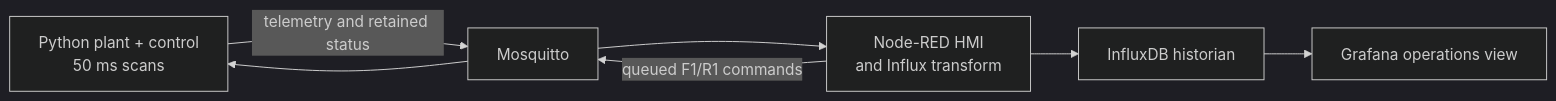
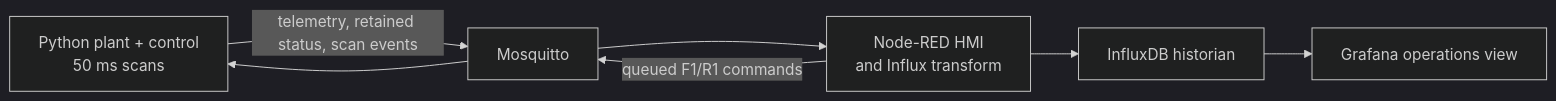
Before and after one commit to leomedeles/jspX: the diagram in README.md, drawn with Mermaid (dark theme). The commit also changed other lines of this file and 2 other files, not shown here.

````diff
--- a/README.md
+++ b/README.md
@@ -6,9 +6,9 @@
 ```mermaid
 flowchart LR
-    sim["Python plant + control\n50 ms scans"] -->|telemetry and retained status| mqtt["Mosquitto"]
+    sim["Python plant + control\n50 ms scans"] -->|telemetry, retained status, scan events| mqtt["Mosquitto"]
     mqtt --> nr["Node-RED HMI\nand Influx transform"]
     nr --> influx["InfluxDB historian"]
     influx --> grafana["Grafana operations view"]
     nr -->|queued F1/R1 commands| mqtt
     mqtt --> sim
 ```
````
